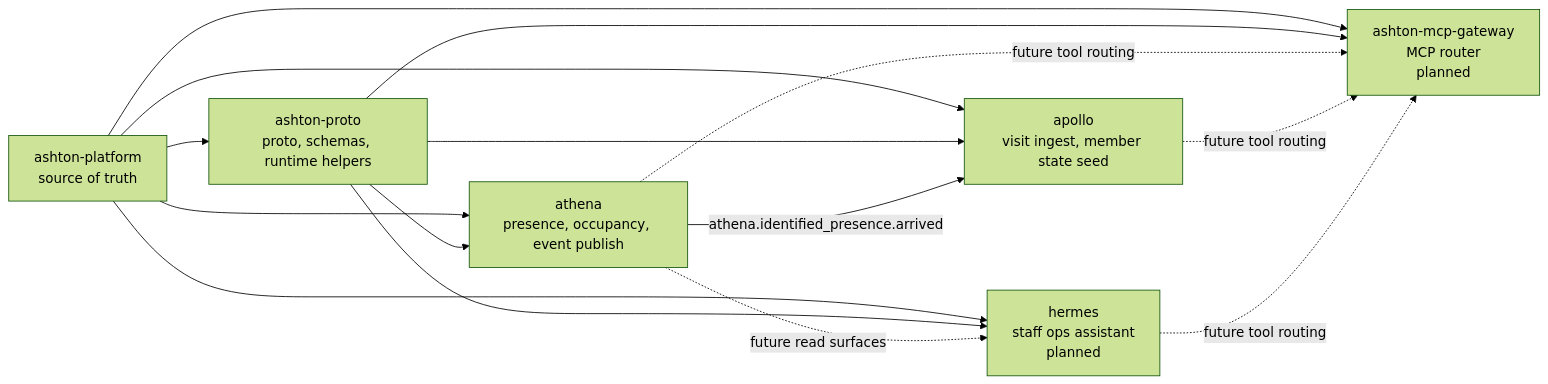
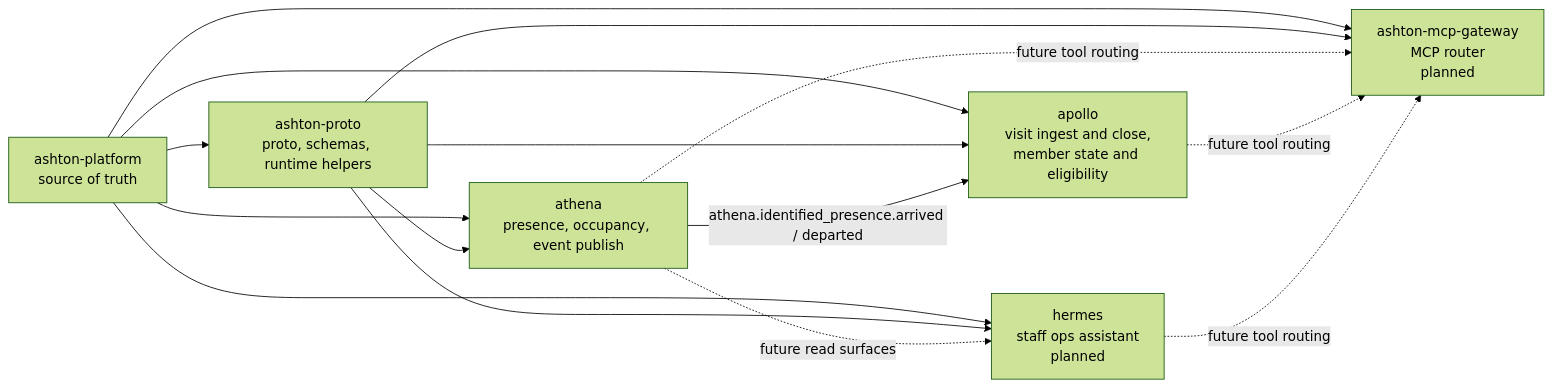
Before and after one commit to ixxet/ashton-platform: the diagram in planning/diagrams/platform-current-real-flow.mmd, drawn with Mermaid (forest theme). The commit also changed 7 other files, not shown here.

```diff
--- a/planning/diagrams/platform-current-real-flow.mmd
+++ b/planning/diagrams/platform-current-real-flow.mmd
@@ -1,24 +1,24 @@
 flowchart LR
   platform["ashton-platform<br/>source of truth"]
   proto["ashton-proto<br/>proto, schemas, runtime helpers"]
   athena["athena<br/>presence, occupancy, event publish"]
-  apollo["apollo<br/>visit ingest, member state seed"]
+  apollo["apollo<br/>visit ingest and close,<br/>member state and eligibility"]
   hermes["hermes<br/>staff ops assistant<br/>planned"]
   gateway["ashton-mcp-gateway<br/>MCP router<br/>planned"]
 
   platform --> proto
   platform --> athena
   platform --> apollo
   platform --> hermes
   platform --> gateway
 
   proto --> athena
   proto --> apollo
   proto --> hermes
   proto --> gateway
 
-  athena -- "athena.identified_presence.arrived" --> apollo
+  athena -- "athena.identified_presence.arrived / departed" --> apollo
   athena -. "future read surfaces" .-> hermes
   athena -. "future tool routing" .-> gateway
   apollo -. "future tool routing" .-> gateway
   hermes -. "future tool routing" .-> gateway
```
